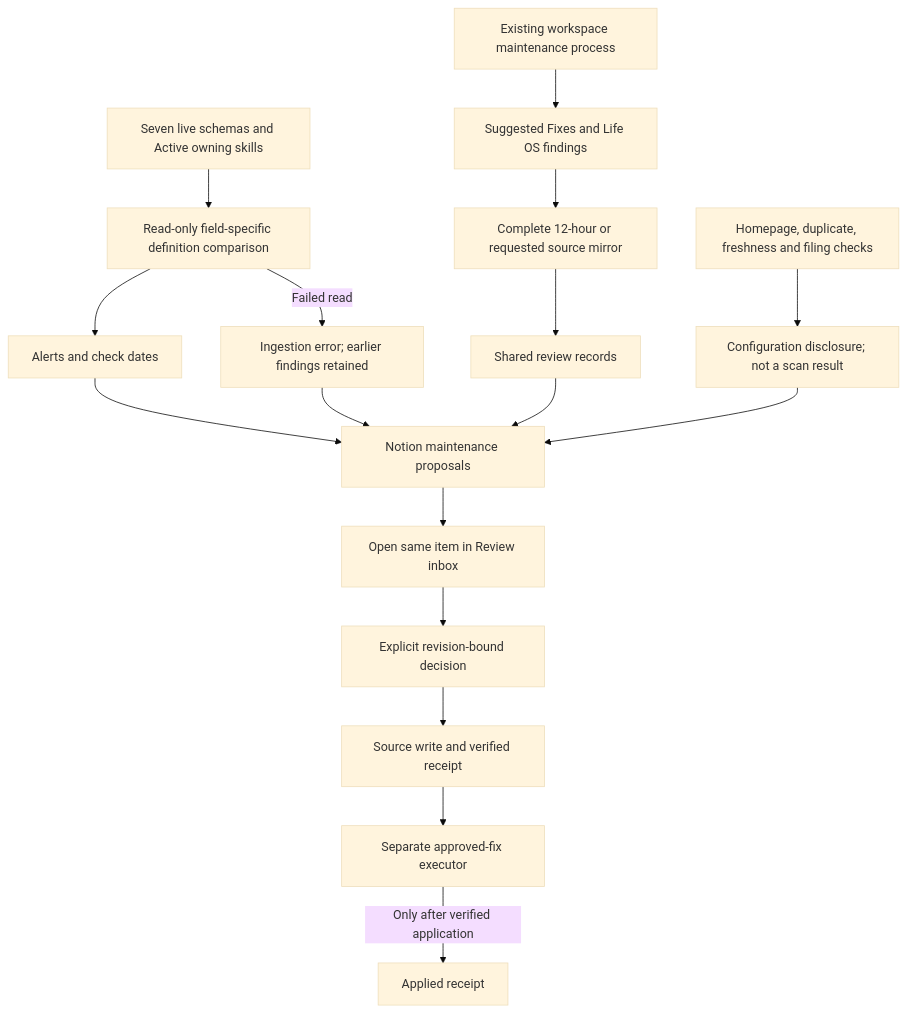
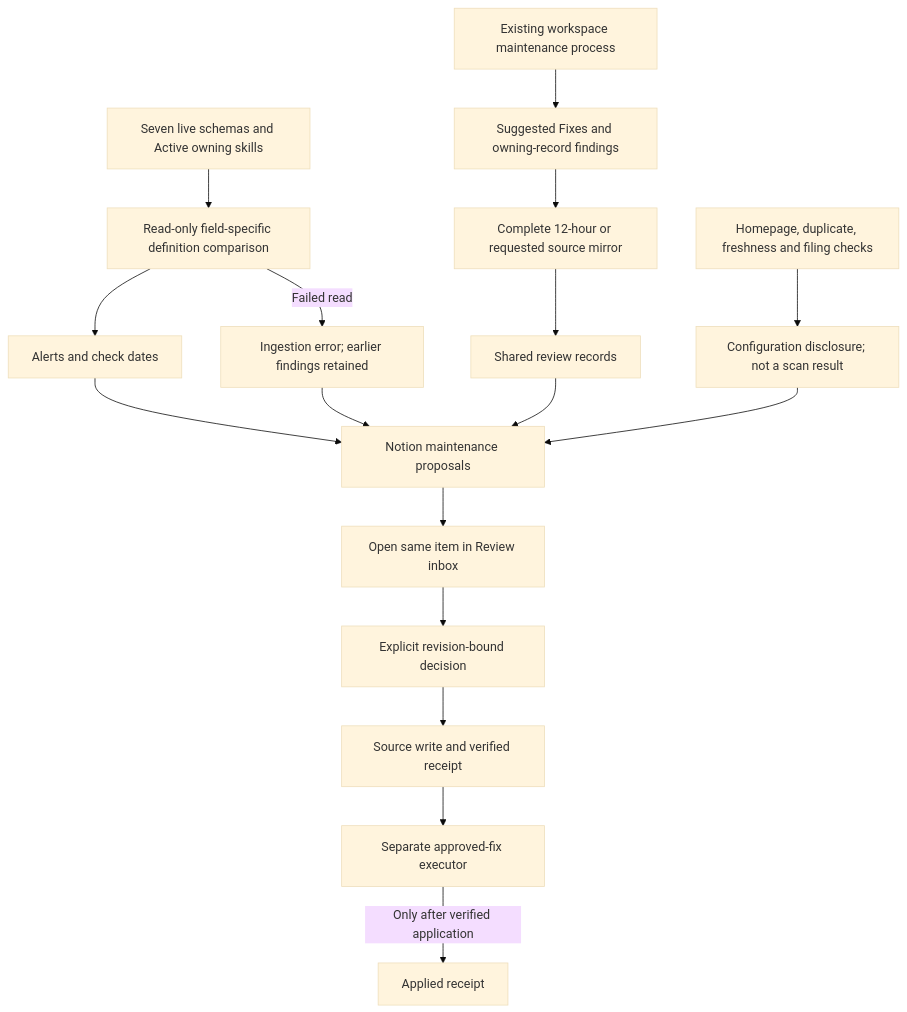
The sixth of 7 diagrams in docs/dashboard-dataflows.md (olilifts88/meridian-labs), drawn with Mermaid (base theme) before and after one commit. The commit also changed other lines of this file and 7 other files, not shown here.

````diff
--- a/docs/dashboard-dataflows.md
+++ b/docs/dashboard-dataflows.md
@@ -99,12 +99,12 @@
 ```mermaid
 flowchart TD
- W["Existing workspace maintenance process"] --> N["Suggested Fixes and Life OS findings"]
+ W["Existing workspace maintenance process"] --> N["Suggested Fixes and owning-record findings"]
  N --> C["Complete 12-hour or requested source mirror"] --> R["Shared review records"]
  L["Seven live schemas and Active owning skills"] --> V["Read-only field-specific definition comparison"] --> A1["Alerts and check dates"] --> M
  V -->|"Failed read"| A2["Ingestion error; earlier findings retained"] --> M
  R --> M["Notion maintenance proposals"] --> I["Open same item in Review inbox"]
  I --> D["Explicit revision-bound decision"] --> S["Source write and verified receipt"]
  S --> H["Separate approved-fix executor"]
  H -->|"Only after verified application"| A["Applied receipt"]
  P["Homepage, duplicate, freshness and filing checks"] --> E["Configuration disclosure; not a scan result"] --> M
 ```
````
